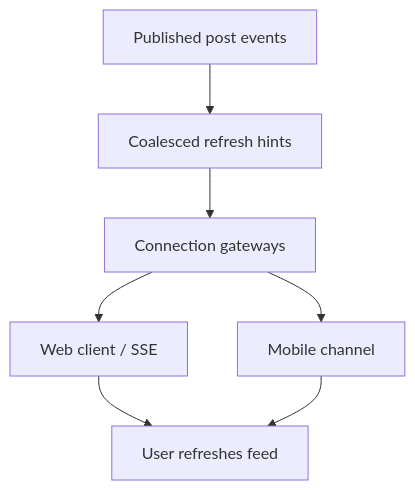
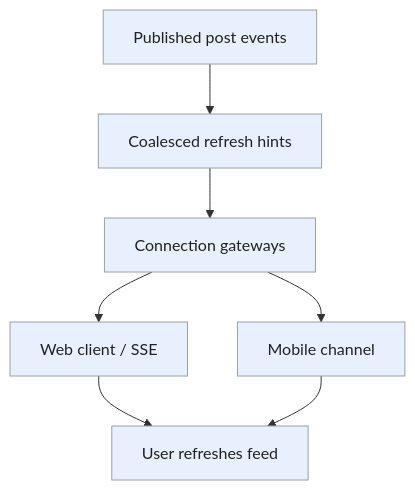
The fourth of 4 diagrams in _designs/system-design-news-feed.md (iliazlobin/iliazlobin.github.io), drawn with Mermaid before and after one commit. The commit also changed other lines of this file and 20 other files, not shown here.

Commit message:
Improve design flows, tradeoffs, and technology references

````diff
--- a/_designs/system-design-news-feed.md
+++ b/_designs/system-design-news-feed.md
@@ -301,9 +345,13 @@
 ```mermaid
 flowchart TB
   E[Published post events] --> H[Coalesced refresh hints]
   H --> G[Connection gateways]
   G --> W[Web client / SSE]
   G --> M[Mobile channel]
   W --> R[User refreshes feed]
   M --> R
+  classDef request fill:#e8f0fe,stroke:#9aa0a6,color:#202124,stroke-width:1px
+  classDef background fill:#e6f4ea,stroke:#9aa0a6,color:#202124,stroke-width:1px
+  classDef control fill:#fef7e0,stroke:#9aa0a6,color:#202124,stroke-width:1px
+  class E,H,G,W,M,R request
 ```
````
